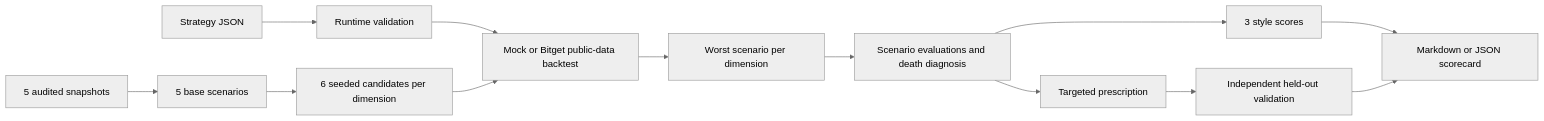
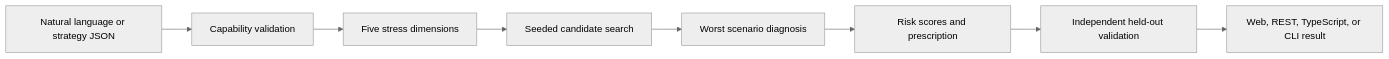
Before and after one commit to jiang4wqy/strategy-doctor: the diagram in README.md, drawn with Mermaid (neutral theme). The commit also changed other lines of this file and 131 other files, not shown here.

````diff
--- a/README.md
+++ b/README.md
@@ -15,15 +18,10 @@
 ```mermaid
 flowchart LR
-  A["Strategy JSON"] --> B["Runtime validation"]
-  S["5 audited snapshots"] --> C["5 base scenarios"]
-  C --> D["6 seeded candidates per dimension"]
-  B --> E["Mock or Bitget public-data backtest"]
-  D --> E
-  E --> F["Worst scenario per dimension"]
-  F --> G["Scenario evaluations and death diagnosis"]
-  G --> H["3 style scores"]
-  G --> I["Targeted prescription"]
-  I --> J["Independent held-out validation"]
-  H --> K["Markdown or JSON scorecard"]
-  J --> K
+  A["Natural language or strategy JSON"] --> B["Capability validation"]
+  B --> C["Five stress dimensions"]
+  C --> D["Seeded candidate search"]
+  D --> E["Worst scenario diagnosis"]
+  E --> F["Risk scores and prescription"]
+  F --> G["Independent held-out validation"]
+  G --> H["Web, REST, TypeScript, or CLI result"]
 ```
````
